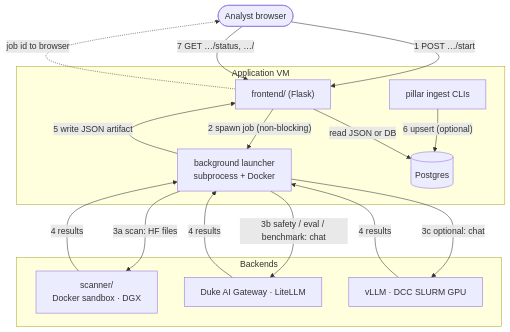
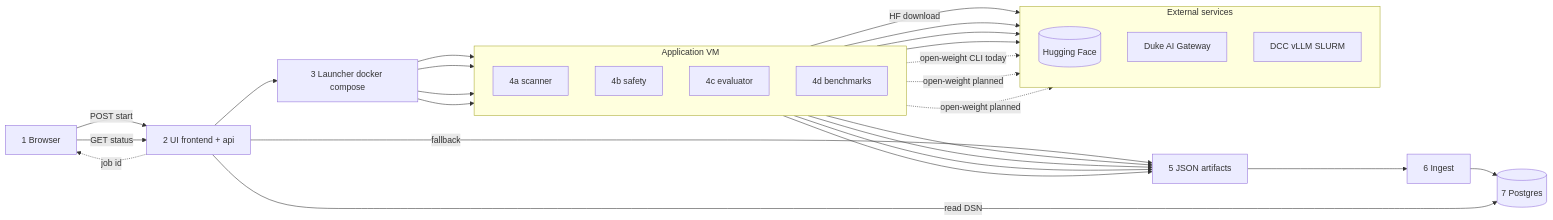
Before and after one commit to evelindsayyy/security-and-qa-for-ai-models: the diagram in docs/architecture.md, drawn with Mermaid. The commit also changed other lines of this file and 14 other files, not shown here.

````diff
--- a/docs/architecture.md
+++ b/docs/architecture.md
@@ -27,29 +27,51 @@
 ```mermaid
-flowchart TB
-  A([Analyst browser])
+flowchart LR
+  Browser["1 Browser"]
+  UI["2 UI frontend + api"]
+  Launcher["3 Launcher docker compose"]
 
   subgraph VM["Application VM"]
-    FE["frontend/ (Flask)"]
-    LAUNCH["background launcher<br/>subprocess + Docker"]
-    ING["pillar ingest CLIs"]
-    DB[("Postgres")]
+    direction TB
+    SC["4a scanner"]
+    SF["4b safety"]
+    EV["4c evaluator"]
+    BM["4d benchmarks"]
   end
 
-  subgraph BK["Backends"]
-    SC["scanner/<br/>Docker sandbox · DGX"]
-    GW["Duke AI Gateway · LiteLLM"]
-    DC["vLLM · DCC SLURM GPU"]
+  JSON["5 JSON artifacts"]
+  Ingest["6 Ingest"]
+  PG[("7 Postgres")]
+
+  subgraph External["External services"]
+    direction TB
+    HF[("Hugging Face")]
+    GW["Duke AI Gateway"]
+    DCC["DCC vLLM SLURM"]
   end
 
-  A -->|"1 POST …/start"| FE
-  FE -->|"2 spawn job (non-blocking)"| LAUNCH
-  FE -.->|"job id to browser"| A
-  LAUNCH -->|"3a scan: HF files"| SC
-  LAUNCH -->|"3b safety / eval / benchmark: chat"| GW
-  LAUNCH -->|"3c optional: chat"| DC
-  SC & GW & DC -->|"4 results"| LAUNCH
-  LAUNCH -->|"5 write JSON artifact"| FE
-  ING -->|"6 upsert (optional)"| DB
-  A -->|"7 GET …/status, …/<slug>"| FE
-  FE -->|"read JSON or DB"| DB
+  Browser -->|"POST start"| UI
+  UI -.->|"job id"| Browser
+  Browser -->|"GET status"| UI
+
+  UI --> Launcher --> SC
+  Launcher --> SF
+  Launcher --> EV
+  Launcher --> BM
+
+  SC --> JSON
+  SF --> JSON
+  EV --> JSON
+  BM --> JSON
+  JSON --> Ingest --> PG
+
+  UI -->|"read DSN"| PG
+  UI -->|"fallback"| JSON
+
+  SC -->|"HF download"| HF
+  SF --> GW
+  EV --> GW
+  BM --> GW
+  EV -.->|"open-weight CLI today"| DCC
+  SF -.->|"open-weight planned"| DCC
+  BM -.->|"open-weight planned"| DCC
 ```
````
